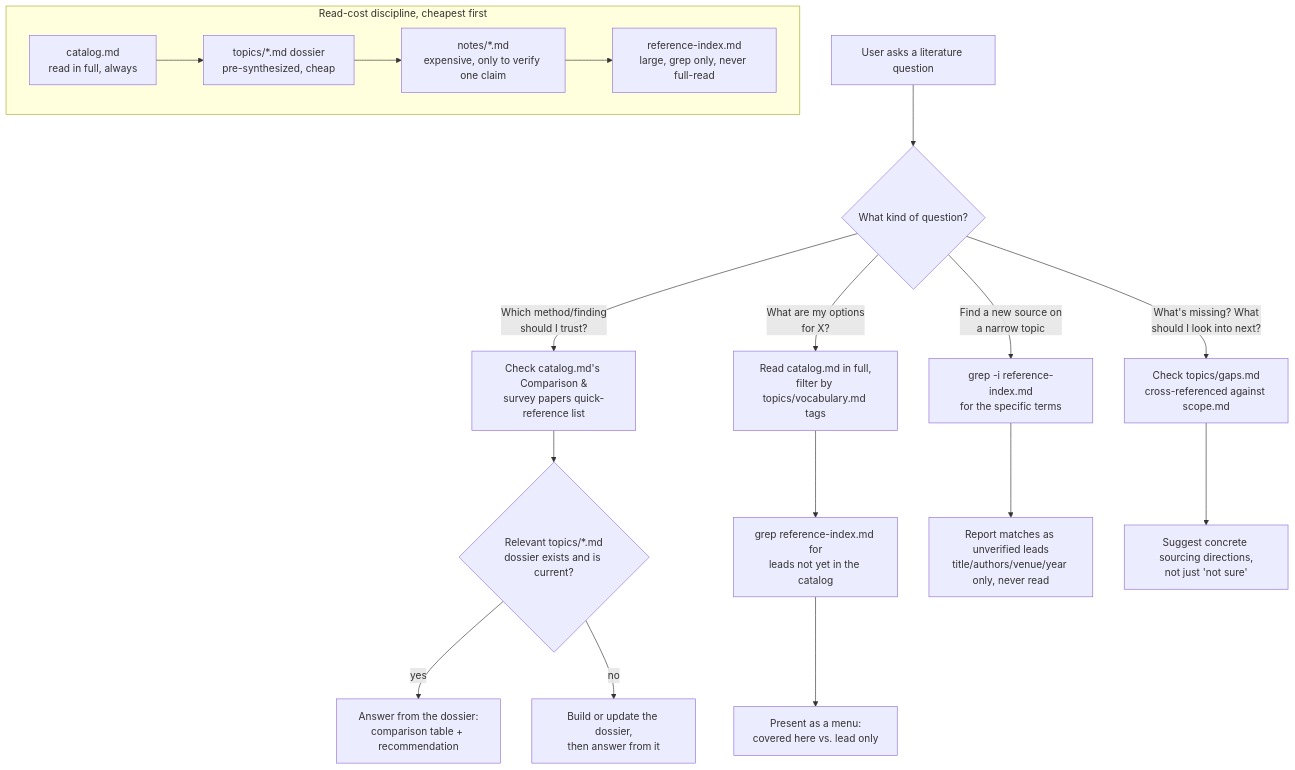
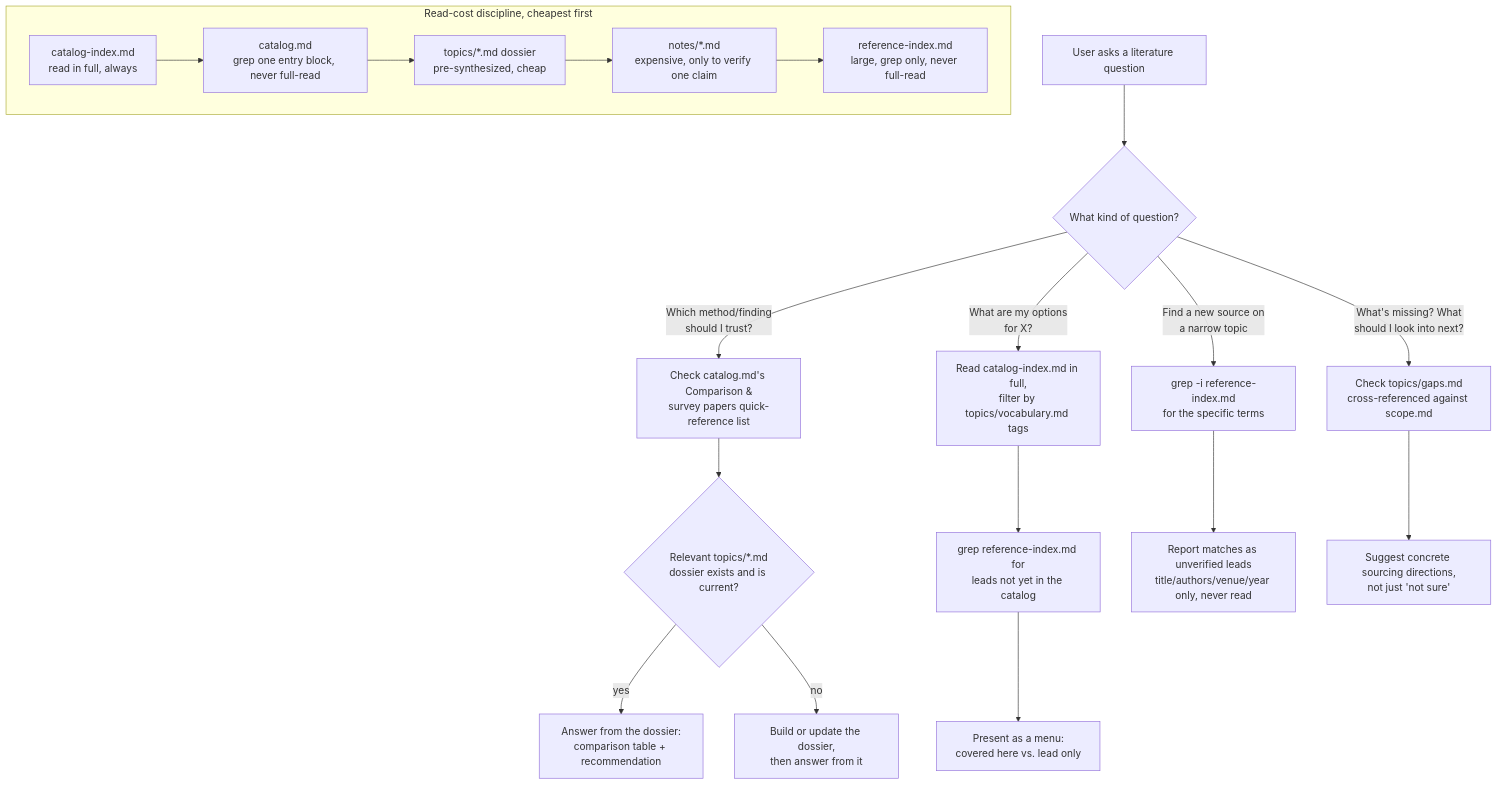
One commit to jonaHaggarde/literature_study_template changed the third of 5 diagrams in study/workflow-diagram.md. Above: the diagram before and after it, drawn with Mermaid. The commit also changed other lines of this file and 41 other files, not shown here.

First line of the commit message:
Ship root/study split, agent tiering, and catalog index

````diff
--- a/study/workflow-diagram.md
+++ b/study/workflow-diagram.md
@@ -85,22 +86,23 @@
 ```mermaid
 flowchart TD
     Q["User asks a literature question"] --> T{"What kind of question?"}
     T -- "Which method/finding<br/>should I trust?" --> A1["Check catalog.md's Comparison &amp;<br/>survey papers quick-reference list"]
     A1 --> A2{"Relevant topics/*.md<br/>dossier exists and is current?"}
     A2 -- yes --> A3["Answer from the dossier:<br/>comparison table + recommendation"]
     A2 -- no --> A4["Build or update the dossier,<br/>then answer from it"]
-    T -- "What are my options<br/>for X?" --> B1["Read catalog.md in full,<br/>filter by topics/vocabulary.md tags"]
+    T -- "What are my options<br/>for X?" --> B1["Read catalog-index.md in full,<br/>filter by topics/vocabulary.md tags"]
     B1 --> B2["grep reference-index.md for<br/>leads not yet in the catalog"]
     B2 --> B3["Present as a menu:<br/>covered here vs. lead only"]
     T -- "Find a new source on<br/>a narrow topic" --> C1["grep -i reference-index.md<br/>for the specific terms"]
     C1 --> C2["Report matches as unverified leads<br/>title/authors/venue/year only, never read"]
     T -- "What's missing? What<br/>should I look into next?" --> D1["Check topics/gaps.md<br/>cross-referenced against scope.md"]
     D1 --> D2["Suggest concrete sourcing directions,<br/>not just 'not sure'"]
 
     subgraph COST["Read-cost discipline, cheapest first"]
         direction LR
-        X1["catalog.md<br/>read in full, always"] --> X2["topics/*.md dossier<br/>pre-synthesized, cheap"]
+        X0["catalog-index.md<br/>read in full, always"] --> X1["catalog.md<br/>grep one entry block, never full-read"]
+        X1 --> X2["topics/*.md dossier<br/>pre-synthesized, cheap"]
         X2 --> X3["notes/*.md<br/>expensive, only to verify one claim"]
         X3 --> X4["reference-index.md<br/>large, grep only, never full-read"]
     end
 ```
````
